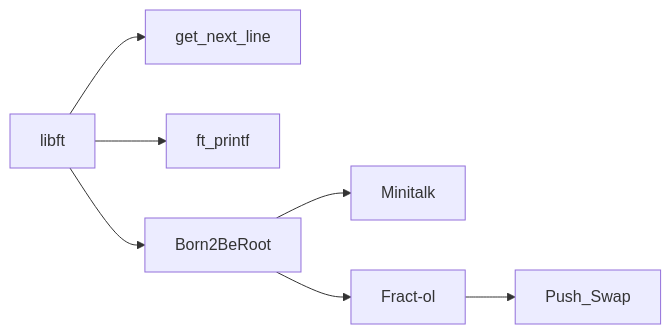
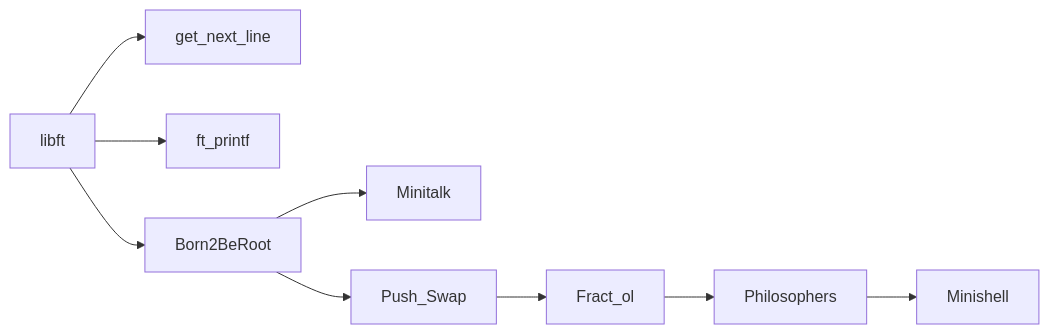
The diagram in README.md (mota494/42-Common-Core), drawn with Mermaid before and after one commit. The commit also changed other lines of this file, not shown here.

````diff
--- a/README.md
+++ b/README.md
@@ -13,9 +13,11 @@
 ```mermaid
 graph LR;
     libft-->get_next_line;
     libft-->ft_printf;
     libft-->Born2BeRoot;
     Born2BeRoot-->Minitalk;
-    Born2BeRoot-->Fract-ol;
-    Fract-ol-->Push_Swap
+    Born2BeRoot-->Push_Swap;
+    Push_Swap-->Fract_ol;
+    Fract_ol-->Philosophers;
+    Philosophers-->Minishell
 ```
````
